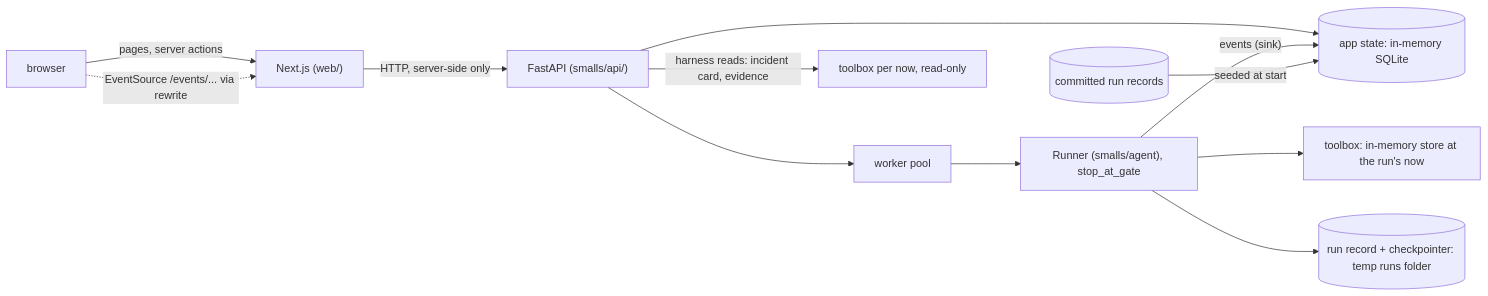
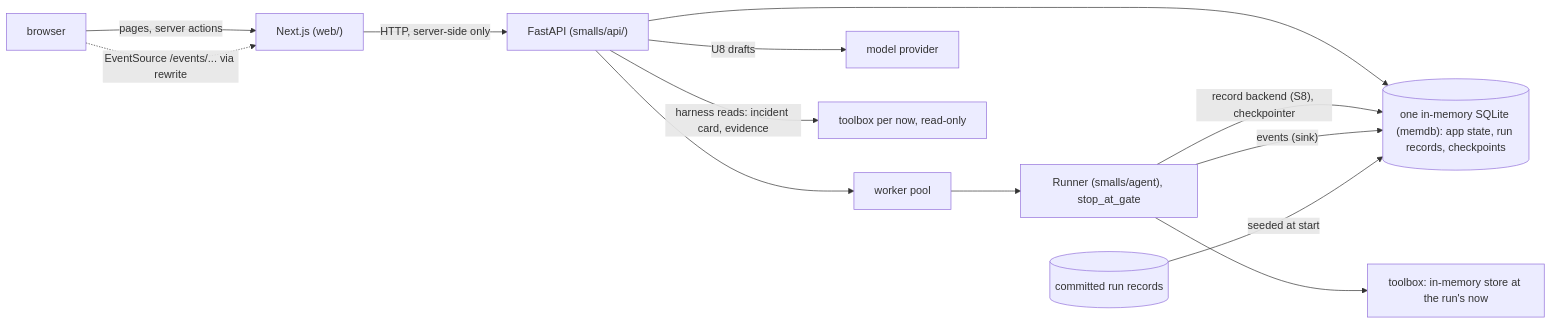
The diagram in docs/decisions/ui-build.md (rhyswdev/biggy-smalls), drawn with Mermaid before and after one commit. The commit also changed other lines of this file, not shown here.

First line of the commit message:
Rule on the UI plan's review: one in-memory database, drafted messages, follow-ups continue the run

````diff
--- a/docs/decisions/ui-build.md
+++ b/docs/decisions/ui-build.md
@@ -108,14 +110,15 @@
 ```mermaid
 flowchart LR
     B["browser"] -->|"pages, server actions"| N["Next.js (web/)"]
     B -.->|"EventSource /events/... via rewrite"| N
     N -->|"HTTP, server-side only"| A["FastAPI (smalls/api/)"]
-    A --> DB[("app state: in-memory SQLite")]
+    A --> DB[("one in-memory SQLite (memdb): app state, run records, checkpoints")]
     A --> W["worker pool"]
     W --> R["Runner (smalls/agent), stop_at_gate"]
     R --> T["toolbox: in-memory store at the run's now"]
-    R --> RR[("run record + checkpointer: temp runs folder")]
+    R -->|"record backend (S8), checkpointer"| DB
     R -->|"events (sink)"| DB
+    A -->|"U8 drafts"| M["model provider"]
     A -->|"harness reads: incident card, evidence"| T2["toolbox per now, read-only"]
     S[("committed run records")] -->|"seeded at start"| DB
 ```
````
